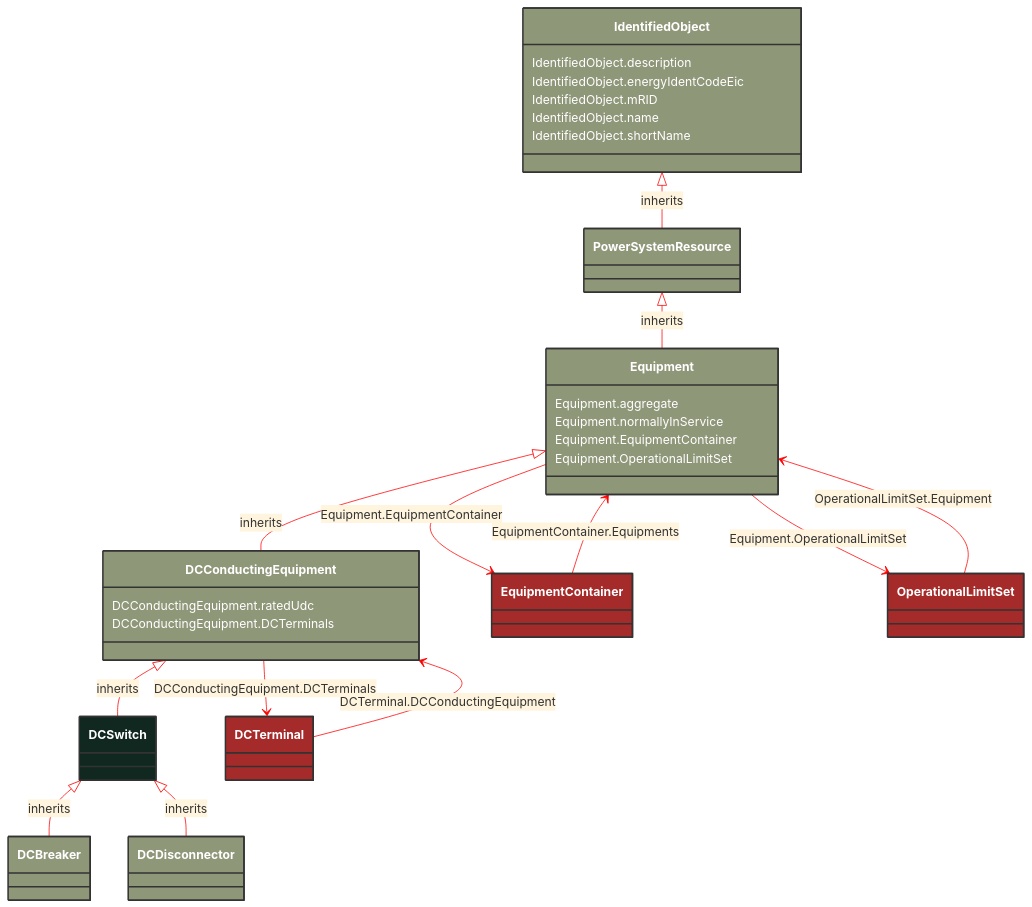
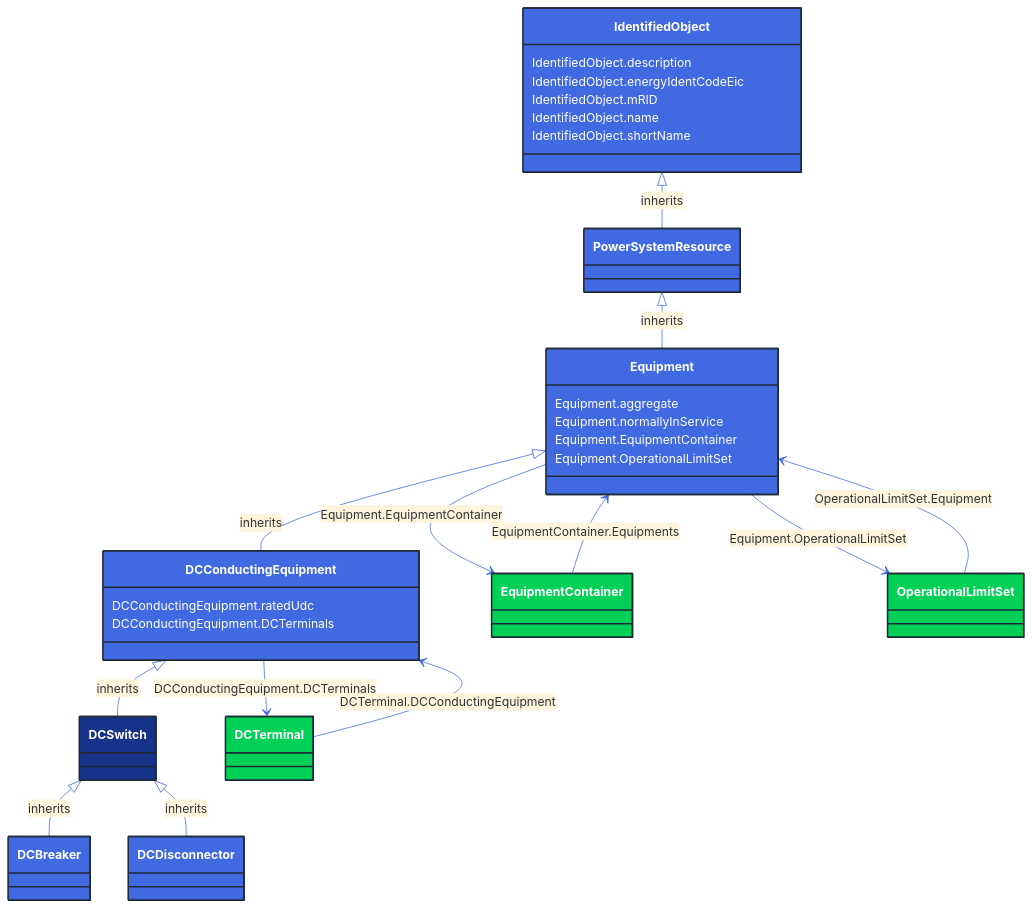
The diagram in docs/Models/Profiles/CoreEquipment/ConcreteClasses/DCSwitch.md (3lbits/NoCIMExtensions), drawn with Mermaid before and after one commit. The commit also changed 362 other files, not shown here.

First line of the commit message:
Update diagrams and styles for improved visual consistency

````diff
--- a/docs/Models/Profiles/CoreEquipment/ConcreteClasses/DCSwitch.md
+++ b/docs/Models/Profiles/CoreEquipment/ConcreteClasses/DCSwitch.md
@@ -8,82 +8,82 @@
 ```mermaid
-%%{init: {'theme':'base','themeVariables': {'lineColor': '#FF0000'}}}%%
+%%{init: {'theme':'base','themeVariables': {'lineColor': '#4169E1'}}}%%
 classDiagram
     class DCSwitch
     click DCSwitch href "/Models/Profiles/CoreEquipment/ConcreteClasses/DCSwitch/"
-    style DCSwitch fill:#102820,stroke:#333,stroke-width:2px,rx:10,ry:10,color:white
+    style DCSwitch fill:#163289,stroke:#1F2A37,stroke-width:2px,rx:10,ry:10,color:white
 
         DCSwitch <|-- DCBreaker : inherits
 
         DCBreaker
             click DCBreaker href "/Models/Profiles/CoreEquipment/ConcreteClasses/DCBreaker/"
-            style DCBreaker fill:#8F9779,stroke:#333,stroke-width:2px,rx:10,ry:10,color:white
+            style DCBreaker fill:#4169E1,stroke:#1F2A37,stroke-width:2px,rx:10,ry:10,color:white
 
         DCSwitch <|-- DCDisconnector : inherits
 
         DCDisconnector
             click DCDisconnector href "/Models/Profiles/CoreEquipment/ConcreteClasses/DCDisconnector/"
-            style DCDisconnector fill:#8F9779,stroke:#333,stroke-width:2px,rx:10,ry:10,color:white
+            style DCDisconnector fill:#4169E1,stroke:#1F2A37,stroke-width:2px,rx:10,ry:10,color:white
      
         DCConductingEquipment <|-- DCSwitch : inherits
             click DCConductingEquipment href "/Models/Profiles/CoreEquipment/AbstractClasses/DCConductingEquipment/"
-            style DCConductingEquipment fill:#8F9779,stroke:#333,stroke-width:2px,rx:10,ry:10,color:white
+            style DCConductingEquipment fill:#4169E1,stroke:#1F2A37,stroke-width:2px,rx:10,ry:10,color:white
      
         Equipment <|-- DCConductingEquipment : inherits
             click Equipment href "/Models/Profiles/CoreEquipment/AbstractClasses/Equipment/"
-            style Equipment fill:#8F9779,stroke:#333,stroke-width:2px,rx:10,ry:10,color:white
+            style Equipment fill:#4169E1,stroke:#1F2A37,stroke-width:2px,rx:10,ry:10,color:white
      
         PowerSystemResource <|-- Equipment : inherits
             click PowerSystemResource href "/Models/Profiles/CoreEquipment/AbstractClasses/PowerSystemResource/"
-            style PowerSystemResource fill:#8F9779,stroke:#333,stroke-width:2px,rx:10,ry:10,color:white
+            style PowerSystemResource fill:#4169E1,stroke:#1F2A37,stroke-width:2px,rx:10,ry:10,color:white
      
         IdentifiedObject <|-- PowerSystemResource : inherits
             click IdentifiedObject href "/Models/Profiles/CoreEquipment/AbstractClasses/IdentifiedObject/"
-            style IdentifiedObject fill:#8F9779,stroke:#333,stroke-width:2px,rx:10,ry:10,color:white
+            style IdentifiedObject fill:#4169E1,stroke:#1F2A37,stroke-width:2px,rx:10,ry:10,color:white
 
         DCConductingEquipment --> DCTerminal : DCConductingEquipment.DCTerminals
 
         DCTerminal
             click DCTerminal href "/Models/Profiles/CoreEquipment/ConcreteClasses/DCTerminal/"
-            style DCTerminal fill:#A52A2A,stroke:#333,stroke-width:2px,rx:10,ry:10,color:white
+            style DCTerminal fill:#00D156,stroke:#1F2A37,stroke-width:2px,rx:10,ry:10,color:white
         Equipment --> EquipmentContainer : Equipment.EquipmentContainer
 
         EquipmentContainer
             click EquipmentContainer href "/Models/Profiles/CoreEquipment/AbstractClasses/EquipmentContainer/"
-            style EquipmentContainer fill:#A52A2A,stroke:#333,stroke-width:2px,rx:10,ry:10,color:white
+            style EquipmentContainer fill:#00D156,stroke:#1F2A37,stroke-width:2px,rx:10,ry:10,color:white
         Equipment --> OperationalLimitSet : Equipment.OperationalLimitSet
 
         OperationalLimitSet
             click OperationalLimitSet href "/Models/Profiles/CoreEquipment/ConcreteClasses/OperationalLimitSet/"
-            style OperationalLimitSet fill:#A52A2A,stroke:#333,stroke-width:2px,rx:10,ry:10,color:white
+            style OperationalLimitSet fill:#00D156,stroke:#1F2A37,stroke-width:2px,rx:10,ry:10,color:white
 
         DCTerminal --> DCConductingEquipment : DCTerminal.DCConductingEquipment
 
         DCTerminal
             click DCTerminal href "/Models/Profiles/CoreEquipment/ConcreteClasses/DCTerminal/"
-            style DCTerminal fill:#A52A2A,stroke:#333,stroke-width:2px,rx:10,ry:10,color:white
+            style DCTerminal fill:#00D156,stroke:#1F2A37,stroke-width:2px,rx:10,ry:10,color:white
 
         EquipmentContainer --> Equipment : EquipmentContainer.Equipments
 
         EquipmentContainer
             click EquipmentContainer href "/Models/Profiles/CoreEquipment/AbstractClasses/EquipmentContainer/"
-            style EquipmentContainer fill:#A52A2A,stroke:#333,stroke-width:2px,rx:10,ry:10,color:white
+            style EquipmentContainer fill:#00D156,stroke:#1F2A37,stroke-width:2px,rx:10,ry:10,color:white
 
         OperationalLimitSet --> Equipment : OperationalLimitSet.Equipment
 
         OperationalLimitSet
             click OperationalLimitSet href "/Models/Profiles/CoreEquipment/ConcreteClasses/OperationalLimitSet/"
-            style OperationalLimitSet fill:#A52A2A,stroke:#333,stroke-width:2px,rx:10,ry:10,color:white
+            style OperationalLimitSet fill:#00D156,stroke:#1F2A37,stroke-width:2px,rx:10,ry:10,color:white
 
 
         DCConductingEquipment : DCConductingEquipment.ratedUdc
         DCConductingEquipment : DCConductingEquipment.DCTerminals
         Equipment : Equipment.aggregate
         Equipment : Equipment.normallyInService
         Equipment : Equipment.EquipmentContainer
         Equipment : Equipment.OperationalLimitSet
         IdentifiedObject : IdentifiedObject.description
         IdentifiedObject : IdentifiedObject.energyIdentCodeEic
         IdentifiedObject : IdentifiedObject.mRID
         IdentifiedObject : IdentifiedObject.name
         IdentifiedObject : IdentifiedObject.shortName
 ```
````
